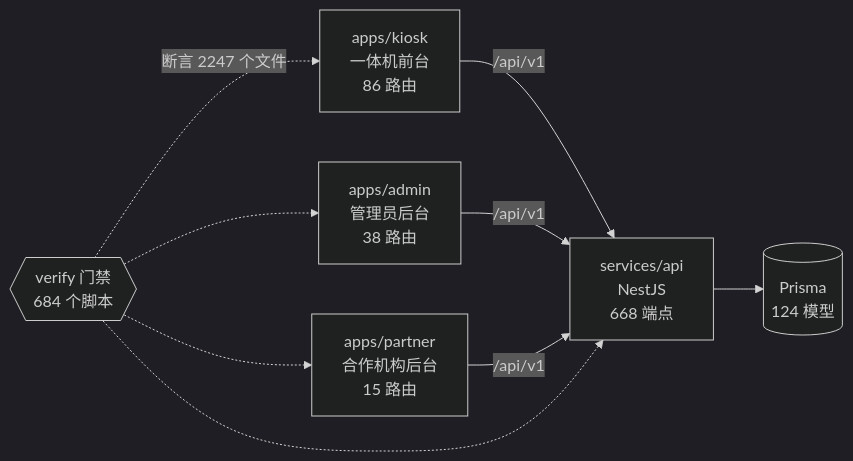
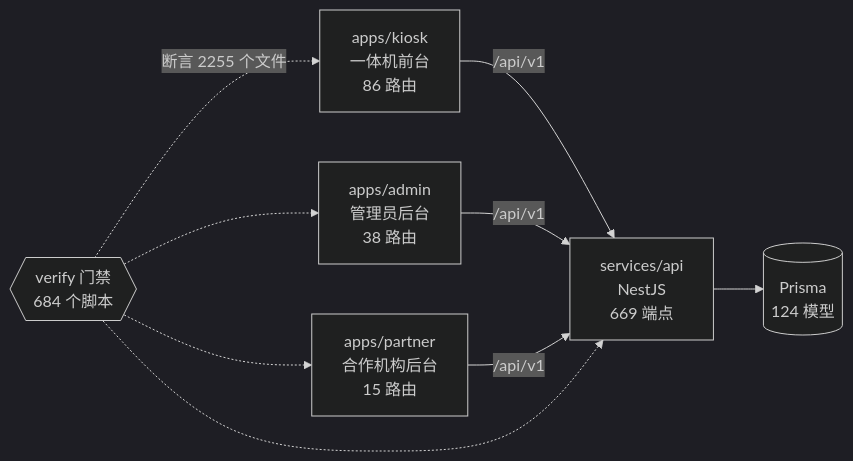
The diagram in docs/graph/README.md (wanglei581/YITIJI), drawn with Mermaid (dark theme) before and after one commit. The commit also changed other lines of this file and 6 other files, not shown here.

Commit message:
收费第 2 期 b 返工：记下第十轮 P2b9d 并更新图谱

````diff
--- a/docs/graph/README.md
+++ b/docs/graph/README.md
@@ -68,18 +68,18 @@
 ```mermaid
 flowchart LR
   kiosk["apps/kiosk<br/>一体机前台<br/>86 路由"]
   admin["apps/admin<br/>管理员后台<br/>38 路由"]
   partner["apps/partner<br/>合作机构后台<br/>15 路由"]
-  api["services/api<br/>NestJS<br/>668 端点"]
+  api["services/api<br/>NestJS<br/>669 端点"]
   db[("Prisma<br/>124 模型")]
   gates{{"verify 门禁<br/>684 个脚本"}}
 
   kiosk -->|"/api/v1"| api
   admin -->|"/api/v1"| api
   partner -->|"/api/v1"| api
   api --> db
-  gates -.->|"断言 2247 个文件"| kiosk
+  gates -.->|"断言 2255 个文件"| kiosk
   gates -.-> admin
   gates -.-> partner
   gates -.-> api
 ```
````
